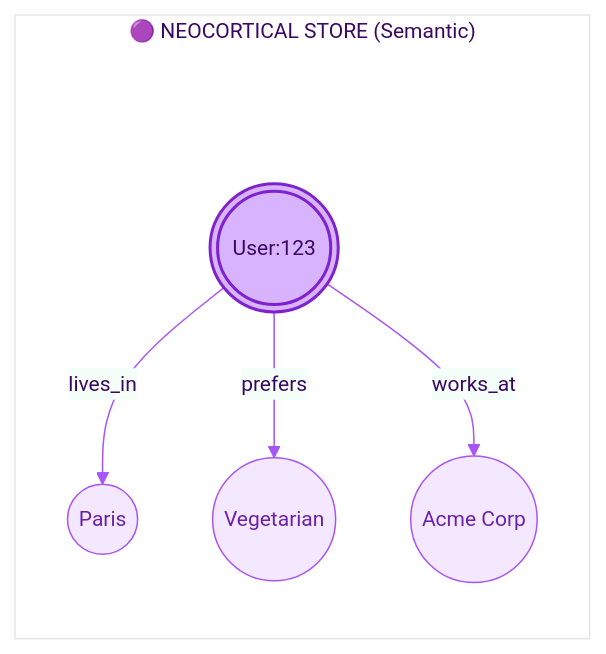
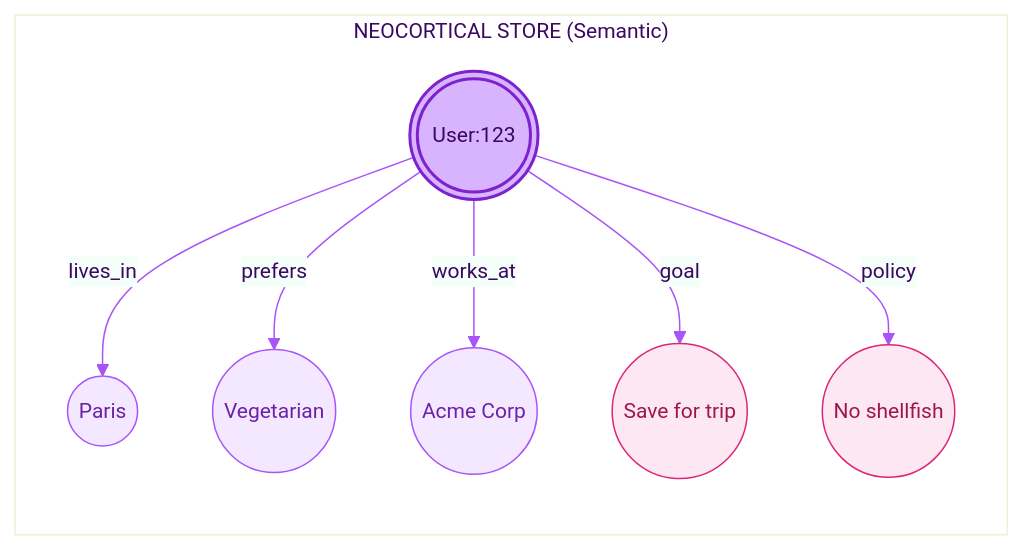
Before and after one commit to avinash-mall/CognitiveMemoryLayer: the sixth of 13 diagrams in README.md, drawn with Mermaid. The commit also changed other lines of this file and 105 other files, not shown here.

````diff
--- a/README.md
+++ b/README.md
@@ -374,48 +409,35 @@
 ```mermaid
 %%{
   init: {
     'theme': 'base',
     'flowchart': { 'useMaxWidth': true },
     'themeVariables': {
       'primaryColor': '#FAF5FF',
       'primaryTextColor': '#581c87',
       'primaryBorderColor': '#9333ea',
       'lineColor': '#a855f7',
-      'tertiaryColor': '#ffffff',
       'fontSize': '14px'
     }
   }
 }%%
 flowchart TD
-    %% --- Style Definitions --- %%
-    classDef root fill:#d8b4fe,stroke:#7e22ce,stroke-width:2px,color:#3b0764;
-    classDef leaf fill:#f3e8ff,stroke:#a855f7,stroke-width:1px,color:#6b21a8;
-    classDef hidden fill:none,stroke:none,color:#fff,width:0px,height:0px;
+    classDef root fill:#d8b4fe,stroke:#7e22ce,stroke-width:2px,color:#3b0764
+    classDef leaf fill:#f3e8ff,stroke:#a855f7,stroke-width:1px,color:#6b21a8
+    classDef cognitive fill:#fce7f3,stroke:#db2777,stroke-width:1px,color:#9d174d
 
-    subgraph Neo ["🟣 NEOCORTICAL STORE (Semantic)"]
+    subgraph Neo ["NEOCORTICAL STORE (Semantic)"]
         direction TB
-        
-        %% 1. Spacer for Gap
-        Spacer("&nbsp;"):::hidden
-        
-        %% 2. Central Root Node
         User(((User:123))):::root
-        
-        %% 3. Connected Fact Nodes
         Paris((Paris)):::leaf
         Veg((Vegetarian)):::leaf
         Acme((Acme Corp)):::leaf
-        
-        %% --- Wiring ---
-        %% Link Spacer to create gap
-        Spacer --- User
-        
-        %% Relationships
+        Goal((Save for trip)):::cognitive
+        Policy((No shellfish)):::cognitive
+
         User -- "lives_in" --> Paris
         User -- "prefers" --> Veg
         User -- "works_at" --> Acme
+        User -- "goal" --> Goal
+        User -- "policy" --> Policy
     end
-
-    %% Hide the spacer link
-    linkStyle 0 stroke-width:0px,fill:none;
 ```
````
